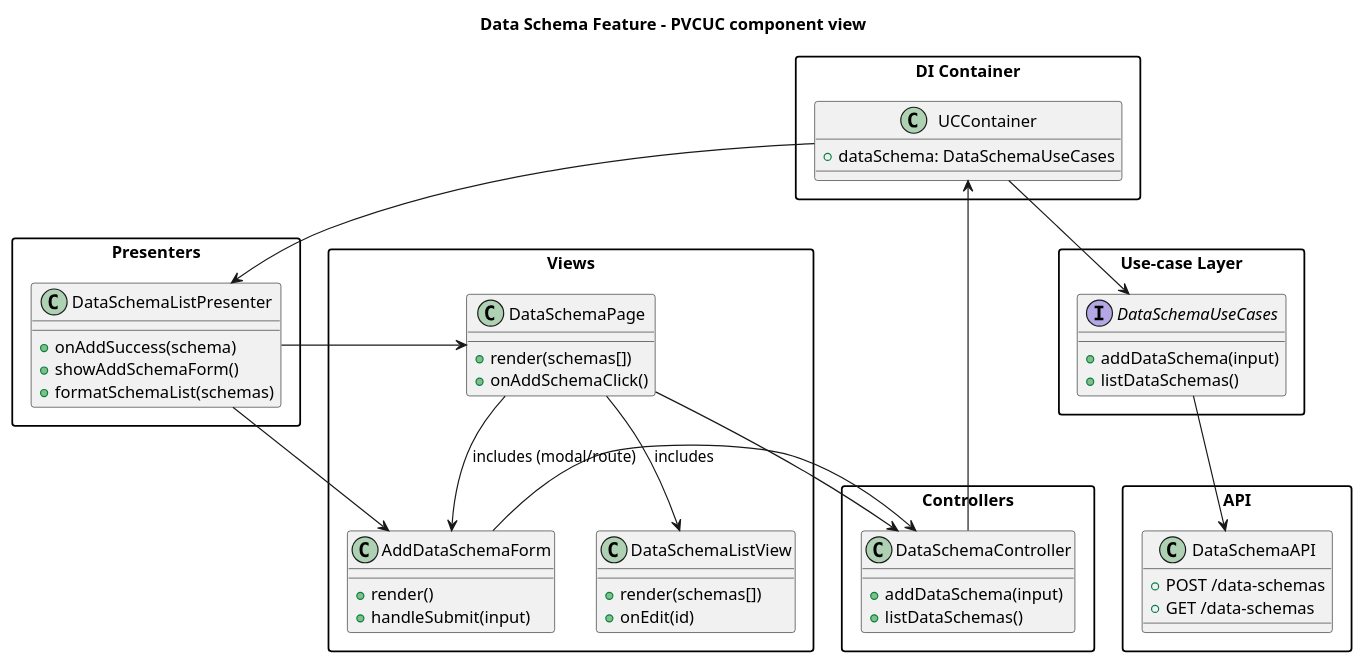
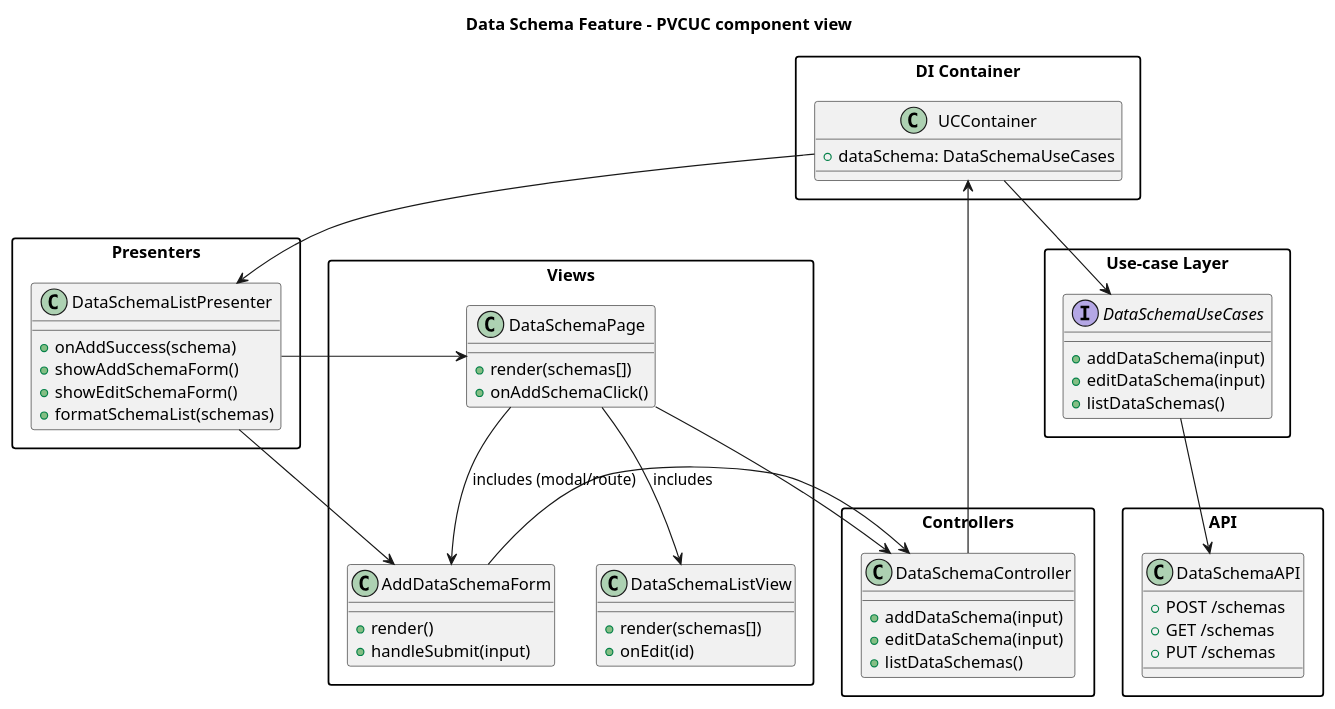
One commit to POP2025-EEPW/doorce-frontend changed the diagram in diagrams/class/schemaModule.puml. Above: the diagram before and after it, drawn with PlantUML. The commit also changed 19 other files, not shown here.

Commit message:
Lista agentów + dodawanie podłączone pod api. Edycja schemy oraz lista i dodawanie schemy podłączone pod api + diagramy

```diff
--- a/diagrams/class/schemaModule.puml
+++ b/diagrams/class/schemaModule.puml
@@ -1,74 +1,78 @@
 @startuml
 title Data Schema Feature - PVCUC component view
 
 skinparam packageStyle rectangle
 
 package "Views" {
   class DataSchemaPage {
     +render(schemas[])
     +onAddSchemaClick()
   }
 
   class DataSchemaListView {
     +render(schemas[])
     +onEdit(id)
   }
 
   class AddDataSchemaForm {
     +render()
     +handleSubmit(input)
   }
 }
 
 package "Presenters" {
   class DataSchemaListPresenter {
     +onAddSuccess(schema)
     +showAddSchemaForm()
+    +showEditSchemaForm()
     +formatSchemaList(schemas)
   }
 }
 
 package "Controllers" {
   class DataSchemaController {
     +addDataSchema(input)
+    +editDataSchema(input)
     +listDataSchemas()
   }
 }
 
 package "Use-case Layer" {
   interface DataSchemaUseCases {
       +addDataSchema(input)
+      +editDataSchema(input)
       +listDataSchemas()
   }
 }
 
 package "DI Container" {
   class UCContainer {
     +dataSchema: DataSchemaUseCases
   }
 }
 
 package "API" {
   class DataSchemaAPI {
-    +POST /data-schemas
-    +GET /data-schemas
+    +POST /schemas
+    +GET /schemas
+    +PUT /schemas
   }
 }
 
 
 DataSchemaPage --> DataSchemaController
 AddDataSchemaForm --> DataSchemaController
 
 DataSchemaController --> UCContainer
 UCContainer --> DataSchemaUseCases
 
 DataSchemaUseCases --> DataSchemaAPI
 
 DataSchemaListPresenter --> DataSchemaPage
 DataSchemaListPresenter --> AddDataSchemaForm
 DataSchemaPage --> DataSchemaListView : includes
 DataSchemaPage --> AddDataSchemaForm : includes (modal/route)
 
 UCContainer --> DataSchemaListPresenter
 
 @enduml
```
